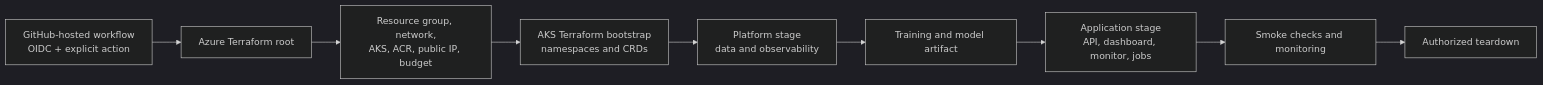
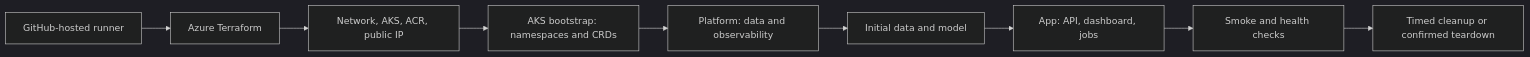
One commit to JaiiMukundh/mlplatform changed the third of 3 diagrams in README.md. Above: the diagram before and after it, drawn with Mermaid (dark theme). The commit also changed other lines of this file and 20 other files, not shown here.

Commit message:
Harden dashboard metrics and AKS access

````diff
--- a/README.md
+++ b/README.md
@@ -95,11 +107,11 @@
 ```mermaid
 flowchart LR
-    A[GitHub-hosted workflow<br/>OIDC + explicit action] --> B[Azure Terraform root]
-    B --> C[Resource group, network,<br/>AKS, ACR, public IP, budget]
-    C --> D[AKS Terraform bootstrap<br/>namespaces and CRDs]
-    D --> E[Platform stage<br/>data and observability]
-    E --> F[Training and model artifact]
-    F --> G[Application stage<br/>API, dashboard, monitor, jobs]
-    G --> H[Smoke checks and monitoring]
-    H --> I[Authorized teardown]
+    A[GitHub-hosted runner] --> B[Azure Terraform]
+    B --> C[Network, AKS, ACR, public IP]
+    C --> D[AKS bootstrap: namespaces and CRDs]
+    D --> E[Platform: data and observability]
+    E --> F[Initial data and model]
+    F --> G[App: API, dashboard, jobs]
+    G --> H[Smoke and health checks]
+    H --> I[Timed cleanup or confirmed teardown]
 ```
````
